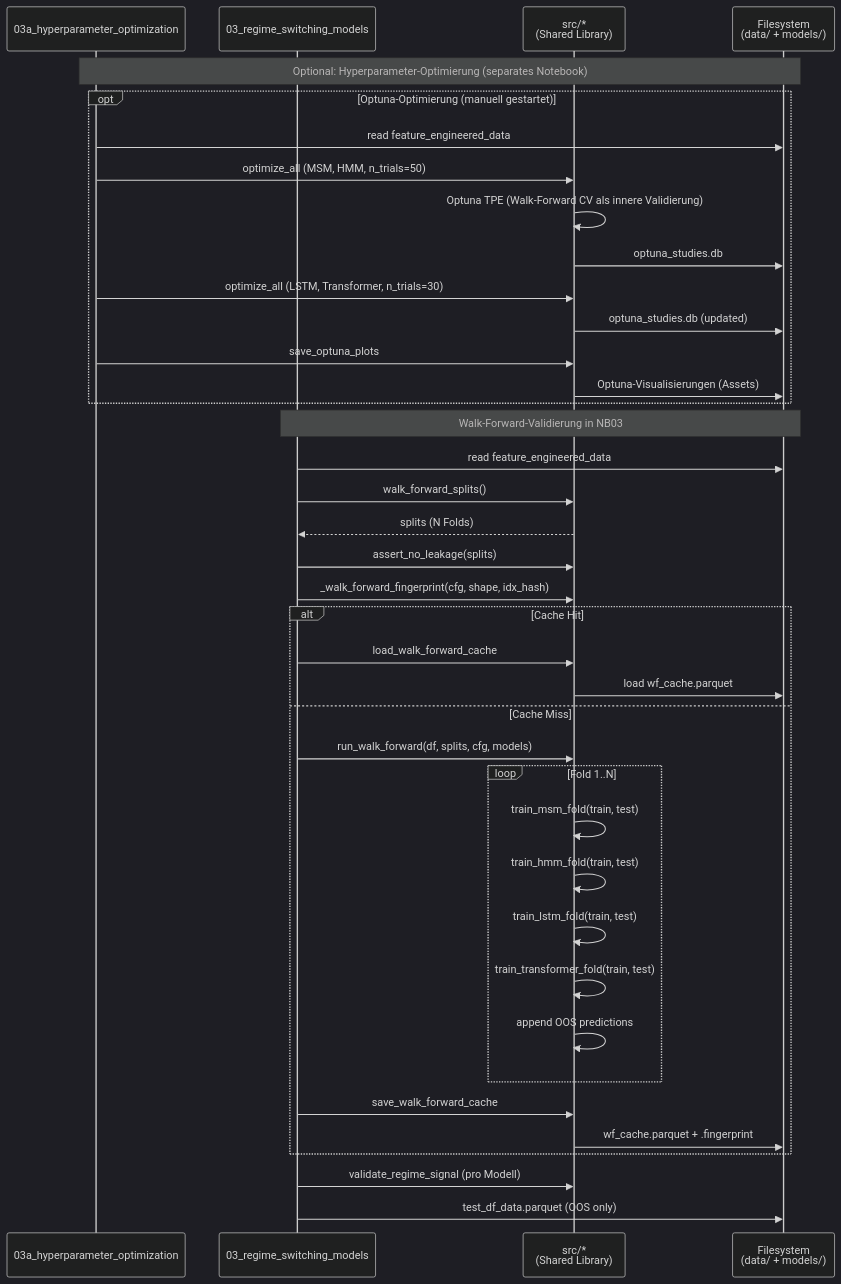
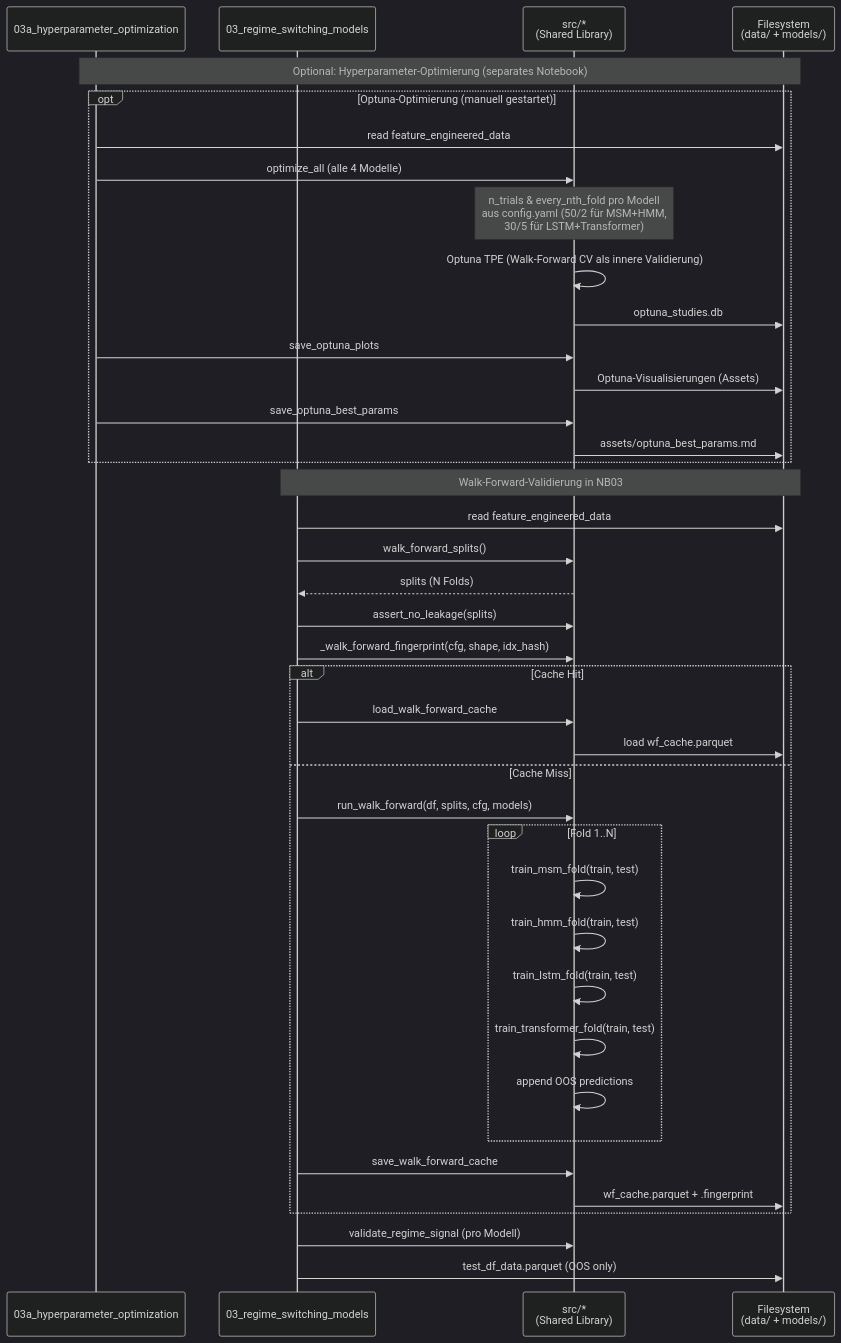
One commit to Torim98/regime-switching-daa-paper changed the second of 2 diagrams in docs/jupyter-sequence-diagram.md. Above: the diagram before and after it, drawn with Mermaid (dark theme). The commit also changed 30 other files, not shown here.

First line of the commit message:
Fix(optuna): resolve LSTM label error, SQLite I/O instability, and per-model trial config

````diff
--- a/docs/jupyter-sequence-diagram.md
+++ b/docs/jupyter-sequence-diagram.md
@@ -101,43 +101,44 @@
 ```mermaid
 sequenceDiagram
     participant NB03a as 03a_hyperparameter_optimization
     participant NB03 as 03_regime_switching_models
     participant SRC as src/*<br/>(Shared Library)
     participant FS as Filesystem<br/>(data/ + models/)
 
     Note over NB03a,FS: Optional: Hyperparameter-Optimierung (separates Notebook)
     opt Optuna-Optimierung (manuell gestartet)
         NB03a->>FS: read feature_engineered_data
-        NB03a->>SRC: optimize_all (MSM, HMM, n_trials=50)
+        NB03a->>SRC: optimize_all (alle 4 Modelle)
+        Note over SRC: n_trials & every_nth_fold pro Modell<br/>aus config.yaml (50/2 für MSM+HMM,<br/>30/5 für LSTM+Transformer)
         SRC->>SRC: Optuna TPE (Walk-Forward CV als innere Validierung)
         SRC->>FS: optuna_studies.db
-        NB03a->>SRC: optimize_all (LSTM, Transformer, n_trials=30)
-        SRC->>FS: optuna_studies.db (updated)
         NB03a->>SRC: save_optuna_plots
         SRC->>FS: Optuna-Visualisierungen (Assets)
+        NB03a->>SRC: save_optuna_best_params
+        SRC->>FS: assets/optuna_best_params.md
     end
 
     Note over NB03,FS: Walk-Forward-Validierung in NB03
     NB03->>FS: read feature_engineered_data
     NB03->>SRC: walk_forward_splits()
     SRC-->>NB03: splits (N Folds)
     NB03->>SRC: assert_no_leakage(splits)
     NB03->>SRC: _walk_forward_fingerprint(cfg, shape, idx_hash)
     alt Cache Hit
         NB03->>SRC: load_walk_forward_cache
         SRC->>FS: load wf_cache.parquet
     else Cache Miss
         NB03->>SRC: run_walk_forward(df, splits, cfg, models)
         loop Fold 1..N
             SRC->>SRC: train_msm_fold(train, test)
             SRC->>SRC: train_hmm_fold(train, test)
             SRC->>SRC: train_lstm_fold(train, test)
             SRC->>SRC: train_transformer_fold(train, test)
             SRC->>SRC: append OOS predictions
         end
         NB03->>SRC: save_walk_forward_cache
         SRC->>FS: wf_cache.parquet + .fingerprint
     end
     NB03->>SRC: validate_regime_signal (pro Modell)
     NB03->>FS: test_df_data.parquet (OOS only)
 ```
````
